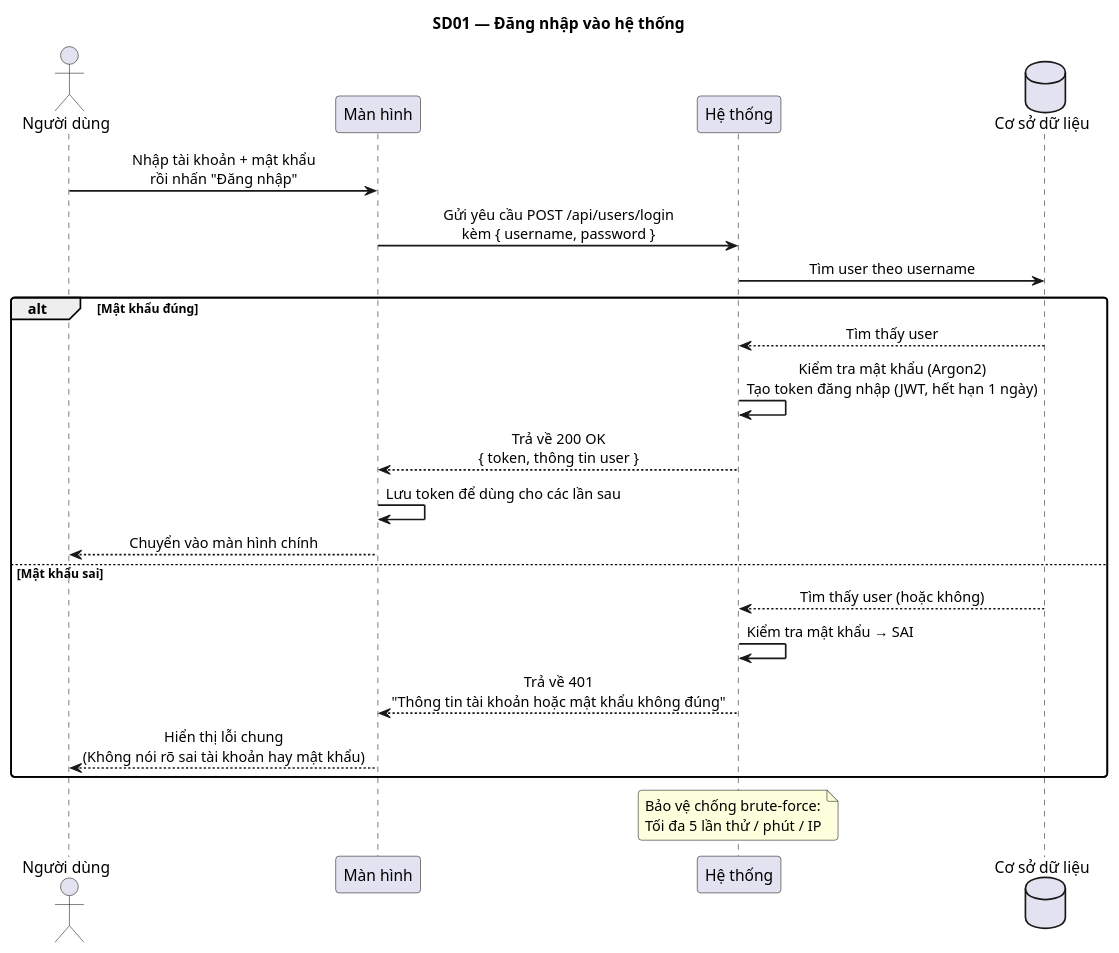
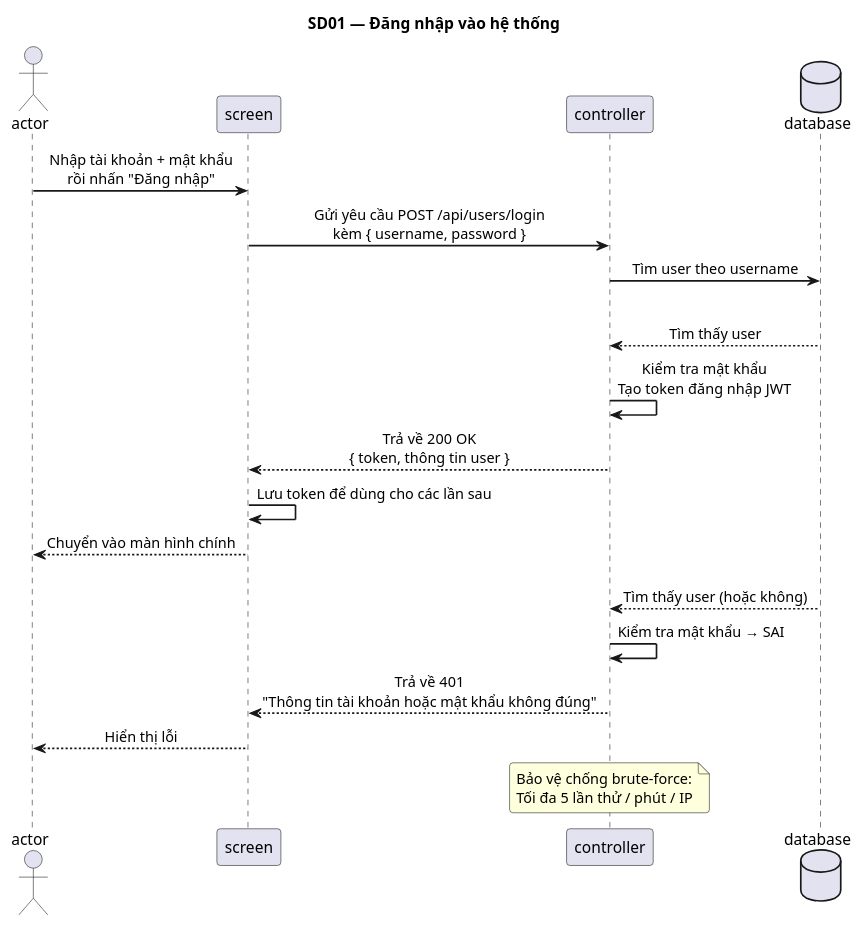
One commit to giangmichy/Do_an changed the first of 6 diagrams in 3SOC_Sequence_Diagrams_QA.puml. Above: the diagram before and after it, drawn with PlantUML. The commit also changed other lines of this file and 8 other files, not shown here.

```diff
--- a/3SOC_Sequence_Diagrams_QA.puml
+++ b/3SOC_Sequence_Diagrams_QA.puml
@@ -11,37 +13,36 @@
 @startuml SD01_DangNhap
 title SD01 — Đăng nhập vào hệ thống
 
 skinparam sequenceMessageAlign center
 skinparam ParticipantPadding 20
 skinparam BoxPadding 10
 skinparam sequenceArrowThickness 1.5
 skinparam roundcorner 6
 
-actor       "Người dùng"  as User
-participant "Màn hình"  as FE
-participant "Hệ thống"    as BE
-database    "Cơ sở dữ liệu" as DB
+actor       "actor" as User
+participant "screen" as FE
+participant "controller"  as BE
+database    "database" as DB
 
 User -> FE : Nhập tài khoản + mật khẩu\nrồi nhấn "Đăng nhập"
 FE -> BE : Gửi yêu cầu POST /api/users/login\nkèm { username, password }
 BE -> DB : Tìm user theo username
 
 alt Mật khẩu đúng
     DB --> BE : Tìm thấy user
-    BE -> BE : Kiểm tra mật khẩu (Argon2)\nTạo token đăng nhập (JWT, hết hạn 1 ngày)
+    BE -> BE : Kiểm tra mật khẩu\nTạo token đăng nhập JWT
     BE --> FE : Trả về 200 OK\n{ token, thông tin user }
     FE -> FE : Lưu token để dùng cho các lần sau
     FE --> User : Chuyển vào màn hình chính
 else Mật khẩu sai
     DB --> BE : Tìm thấy user (hoặc không)
     BE -> BE : Kiểm tra mật khẩu → SAI
     BE --> FE : Trả về 401\n"Thông tin tài khoản hoặc mật khẩu không đúng"
-    FE --> User : Hiển thị lỗi chung\n(Không nói rõ sai tài khoản hay mật khẩu)
-end
+    FE --> User : Hiển thị lỗi
 
 note over BE
   Bảo vệ chống brute-force:
   Tối đa 5 lần thử / phút / IP
 end note
 
 @enduml
```
